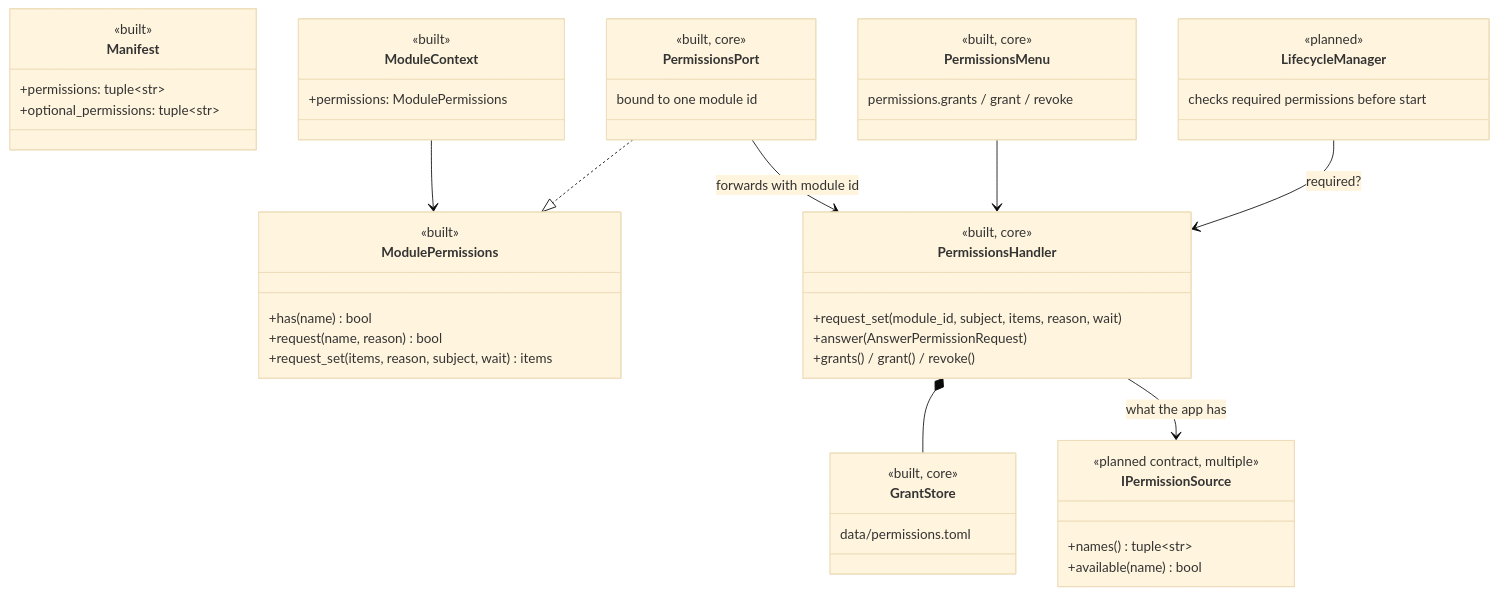
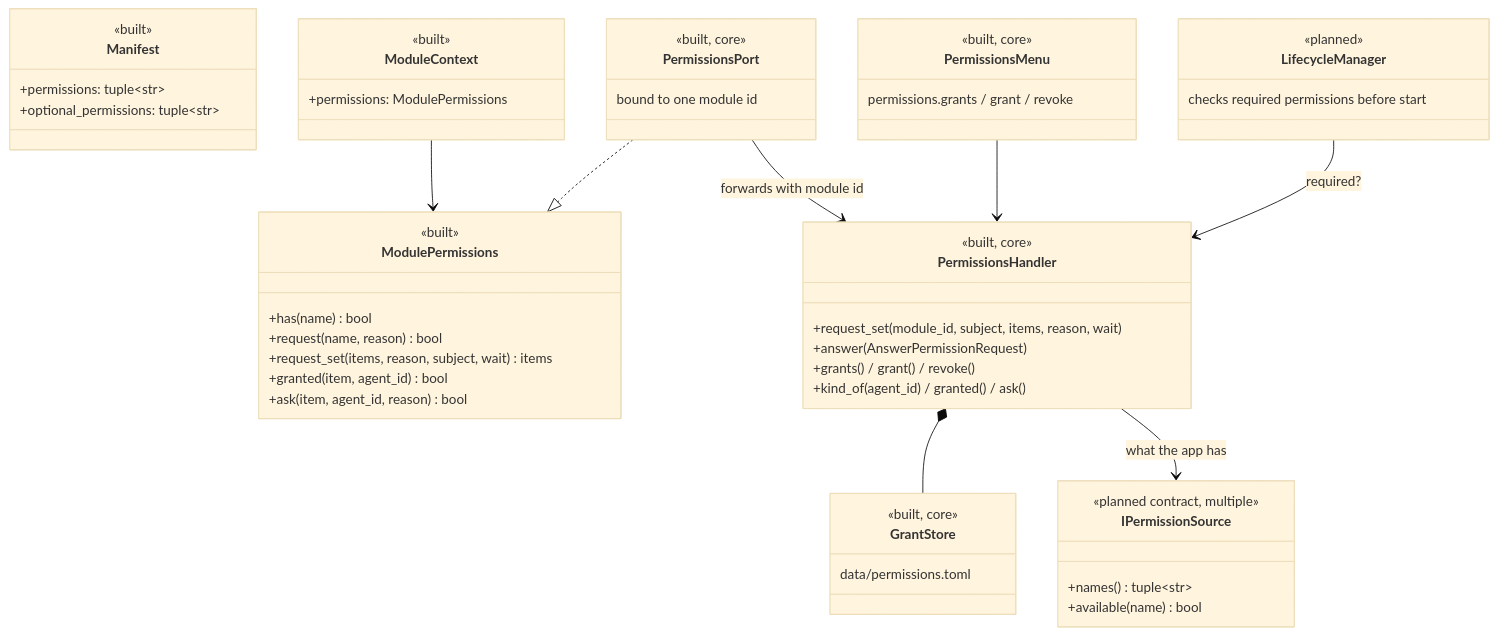
Before and after one commit to sharramon/AI_Assistant: the second of 4 diagrams in docs/architecture/permissions.md, drawn with Mermaid (base theme). The commit also changed other lines of this file and 45 other files, not shown here.

````diff
--- a/docs/architecture/permissions.md
+++ b/docs/architecture/permissions.md
@@ -157,52 +171,55 @@
 ```mermaid
 classDiagram
     class Manifest {
         <<built>>
         +permissions: tuple~str~
         +optional_permissions: tuple~str~
     }
     class ModuleContext {
         <<built>>
         +permissions: ModulePermissions
     }
     class ModulePermissions {
         <<built>>
         +has(name) bool
         +request(name, reason) bool
         +request_set(items, reason, subject, wait) items
+        +granted(item, agent_id) bool
+        +ask(item, agent_id, reason) bool
     }
     class PermissionsPort {
         <<built, core>>
         bound to one module id
     }
     class PermissionsHandler {
         <<built, core>>
         +request_set(module_id, subject, items, reason, wait)
         +answer(AnswerPermissionRequest)
         +grants() / grant() / revoke()
+        +kind_of(agent_id) / granted() / ask()
     }
     class GrantStore {
         <<built, core>>
         data/permissions.toml
     }
     class PermissionsMenu {
         <<built, core>>
         permissions.grants / grant / revoke
     }
     class LifecycleManager {
         <<planned>>
         checks required permissions before start
     }
     class IPermissionSource {
         <<planned contract, multiple>>
         +names() tuple~str~
         +available(name) bool
     }
     ModuleContext --> ModulePermissions
     PermissionsPort ..|> ModulePermissions
     PermissionsPort --> PermissionsHandler : forwards with module id
     PermissionsHandler *-- GrantStore
     PermissionsMenu --> PermissionsHandler
     LifecycleManager --> PermissionsHandler : required?
     PermissionsHandler --> IPermissionSource : what the app has
 ```
````
